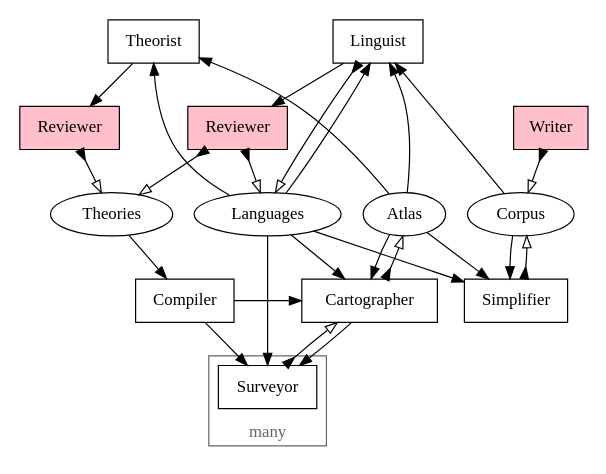
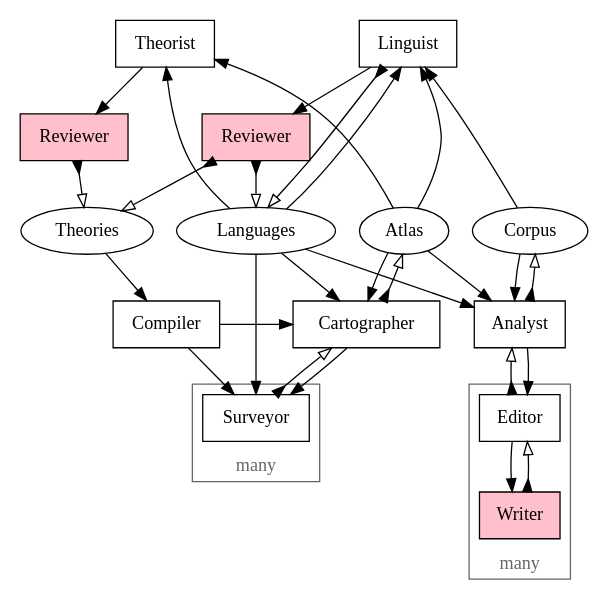
The diagram in doc/architecture.dot (fritzo/pomagma), drawn with Graphviz before and after one commit. The commit also changed 4 other files, not shown here.

```diff
--- a/doc/architecture.dot
+++ b/doc/architecture.dot
@@ -1,93 +1,101 @@
 digraph G {
-	overlap=false;
-	size="4,4";
-	node [shape=box];
+    overlap=false;
+    size="4,4";
+    node [shape=box];
 
 
-	//subgraph cluster_legend {
-	//	rank="max";
-	//	Human [style=filled, fillcolor=pink];
-	//	Data [shape=ellipse];
-	//}
+    //subgraph cluster_legend {
+    //    rank="max";
+    //    Human [style=filled, fillcolor=pink];
+    //    Data [shape=ellipse];
+    //}
 
-	Theorist;
-	Linguist;
+    Theorist;
+    Linguist;
     {
         rank="same";
         node [style=filled, fillcolor=pink];
         TheoriesReviewer [label="Reviewer"];
         LanguagesReviewer [label="Reviewer"];
-        Writer;
     }
-	{
-		node [shape=ellipse];
-		Languages;
-		Theories;
-		Atlas;
-		Corpus;
-	}
+    {
+        node [shape=ellipse];
+        Languages;
+        Theories;
+        Atlas;
+        Corpus;
+    }
     Compiler;
-	Simplifier;
+    Analyst;
 
-	subgraph cluster_survey {
-		Surveyor;
+    subgraph cluster_survey {
+        Surveyor;
 
-		color = "#666666";
-		fontcolor = "#666666";
-		label = "many";
-		labelloc = "b";
-	}
+        color = "#666666";
+        fontcolor = "#666666";
+        label = "many";
+        labelloc = "b";
+    }
 
-	{ rank="min"; Linguist; Theorist; }
-	{ rank="same"; Languages; Theories; Atlas; Corpus; }
-	{ rank="same"; Cartographer; Compiler; Simplifier; }
+    subgraph cluster_edit {
+        Editor;
+        Writer [style=filled, fillcolor=pink];
+
+        color = "#666666";
+        fontcolor = "#666666";
+        label = "many";
+        labelloc = "b";
+    }
+
+    { rank="min"; Linguist; Theorist; }
+    { rank="same"; Languages; Theories; Atlas; Corpus; }
+    { rank="same"; Cartographer; Compiler; Analyst; }
 
 
-	// Workflow: Compile
-	edge [dir=forward arrowhead=normal]; // pull
-	Theories -> Compiler;
-	Compiler -> Surveyor;
-	Compiler -> Cartographer;
+    // Workflow: Compile
+    edge [dir=forward arrowhead=normal]; // pull
+    Theories -> Compiler;
+    Compiler -> Surveyor;
+    Compiler -> Cartographer;
 
-	// Workflow: Survey
-	edge [dir=forward arrowhead=normal]; // pull
-	Atlas -> Cartographer;
-	Languages -> Cartographer;
-	Languages -> Surveyor;
-	Cartographer -> Surveyor;
-	edge [dir=both arrowtail=inv arrowhead=empty]; // push
-	Surveyor -> Cartographer;
-	Cartographer -> Atlas;
+    // Workflow: Survey
+    edge [dir=forward arrowhead=normal]; // pull
+    Atlas -> Cartographer;
+    Languages -> Cartographer;
+    Languages -> Surveyor;
+    Cartographer -> Surveyor;
+    edge [dir=both arrowtail=inv arrowhead=empty]; // push
+    Surveyor -> Cartographer;
+    Cartographer -> Atlas;
 
-	// Workflow: Simplify
-	edge [dir=forward arrowhead=normal]; // pull
-	Atlas -> Simplifier;
-	Languages -> Simplifier;
-	Corpus -> Simplifier;
-	edge [dir=both arrowtail=inv arrowhead=empty]; // push
-	Simplifier -> Corpus;
+    // Workflow: Edit
+    edge [dir=forward arrowhead=normal]; // pull
+    Atlas -> Analyst;
+    Languages -> Analyst;
+    Corpus -> Analyst;
+    Analyst -> Editor;
+    Editor -> Writer;
+    edge [dir=both arrowtail=inv arrowhead=empty]; // push
+    Analyst -> Corpus;
+    Editor -> Analyst;
+    Writer -> Editor;
 
-	// Workflow: Fit Language
-	edge [dir=forward arrowhead=normal]; // pull
-	Corpus -> Linguist;
-	Atlas -> Linguist;
-	Languages -> Linguist;
-	Linguist -> LanguagesReviewer;
-	edge [dir=both arrowtail=inv arrowhead=empty]; // push
-	Linguist -> Languages;
-	LanguagesReviewer -> Languages;
-	LanguagesReviewer -> Theories;
+    // Workflow: Fit Language
+    edge [dir=forward arrowhead=normal]; // pull
+    Corpus -> Linguist;
+    Atlas -> Linguist;
+    Languages -> Linguist;
+    Linguist -> LanguagesReviewer;
+    edge [dir=both arrowtail=inv arrowhead=empty]; // push
+    Linguist -> Languages;
+    LanguagesReviewer -> Languages;
+    LanguagesReviewer -> Theories;
 
-	// Workflow: Theorize
-	edge [dir=forward arrowhead=normal]; // pull
-	Atlas -> Theorist;
-	Languages ->  Theorist;
-	Theorist -> TheoriesReviewer;
-	edge [dir=both arrowtail=inv arrowhead=empty]; // push
-	TheoriesReviewer -> Theories;
-
-	// Workflow: Write
-	edge [dir=forward arrowhead=normal]; // pull
-	edge [dir=both arrowtail=inv arrowhead=empty]; // push
-	Writer -> Corpus;
+    // Workflow: Theorize
+    edge [dir=forward arrowhead=normal]; // pull
+    Atlas -> Theorist;
+    Languages ->  Theorist;
+    Theorist -> TheoriesReviewer;
+    edge [dir=both arrowtail=inv arrowhead=empty]; // push
+    TheoriesReviewer -> Theories;
 }
```
